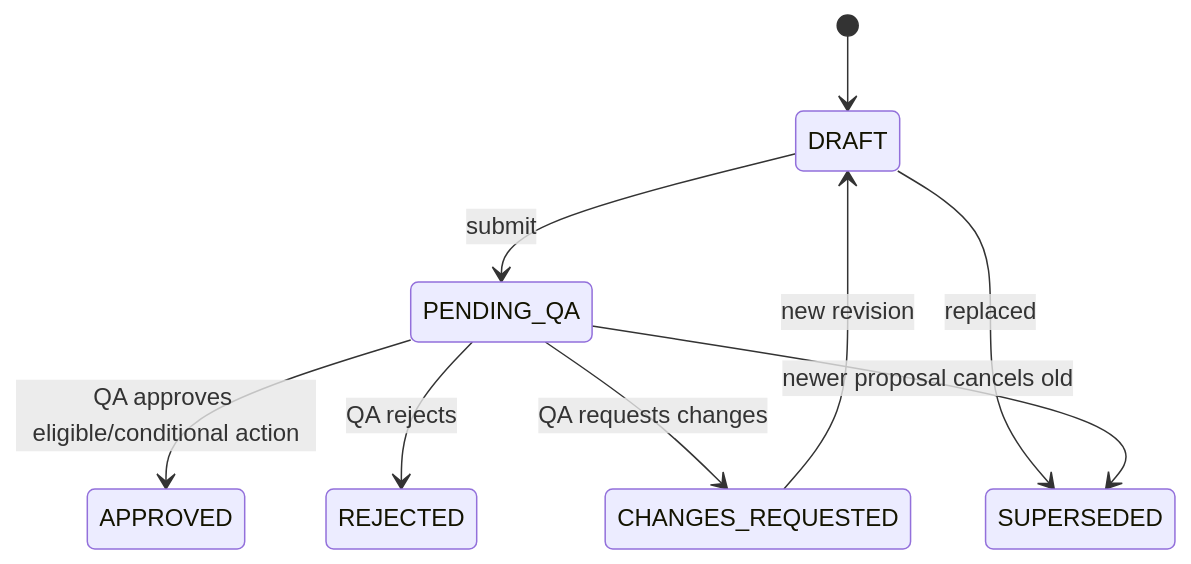
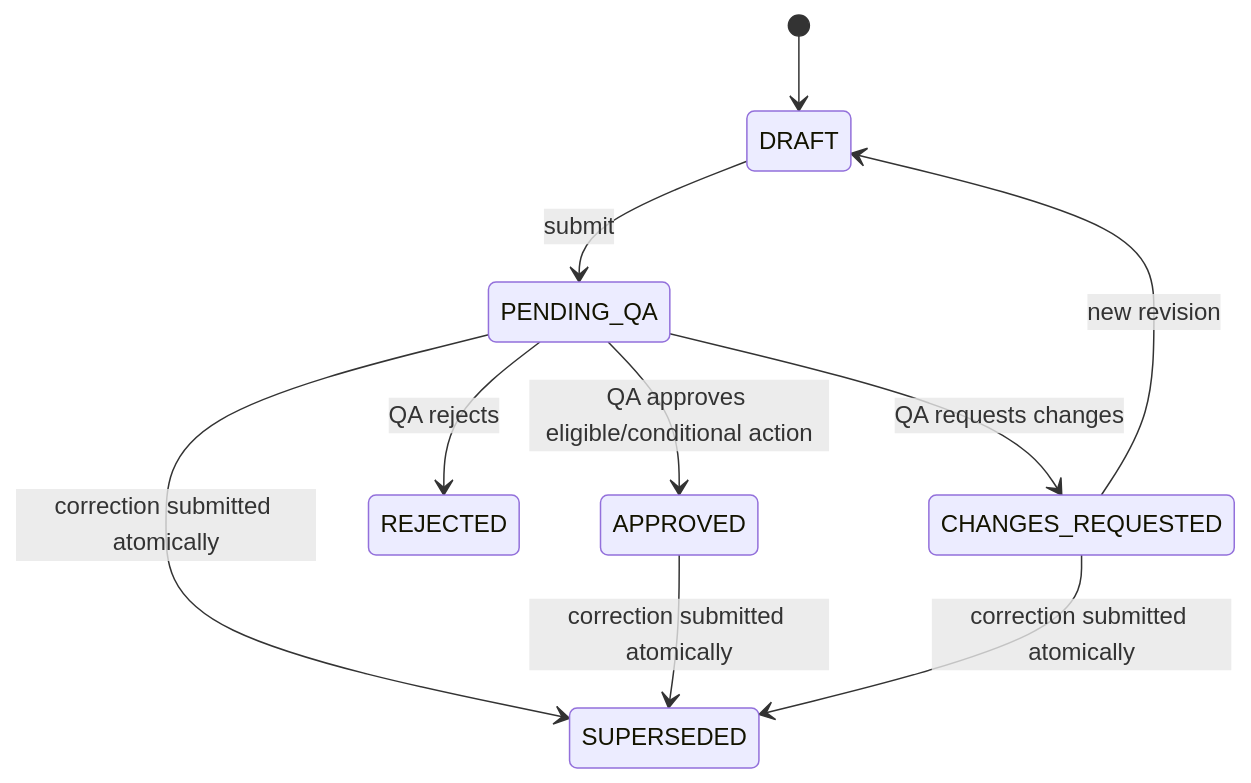
Before and after one commit to P-PrPas/Cold-Chain-Decision-Intelligence-Platform: the fourth of 5 diagrams in docs/ARCHITECTUR.md, drawn with Mermaid. The commit also changed other lines of this file and 3 other files, not shown here.

````diff
--- a/docs/ARCHITECTUR.md
+++ b/docs/ARCHITECTUR.md
@@ -276,11 +277,12 @@
 ```mermaid
 stateDiagram-v2
   [*] --> DRAFT
   DRAFT --> PENDING_QA: submit
   PENDING_QA --> APPROVED: QA approves eligible/conditional action
   PENDING_QA --> REJECTED: QA rejects
   PENDING_QA --> CHANGES_REQUESTED: QA requests changes
   CHANGES_REQUESTED --> DRAFT: new revision
-  DRAFT --> SUPERSEDED: replaced
-  PENDING_QA --> SUPERSEDED: newer proposal cancels old
+  PENDING_QA --> SUPERSEDED: correction submitted atomically
+  APPROVED --> SUPERSEDED: correction submitted atomically
+  CHANGES_REQUESTED --> SUPERSEDED: correction submitted atomically
 ```
````
